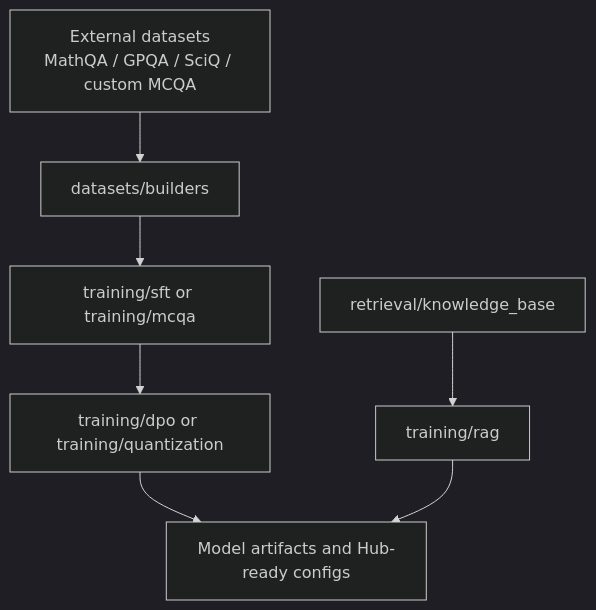
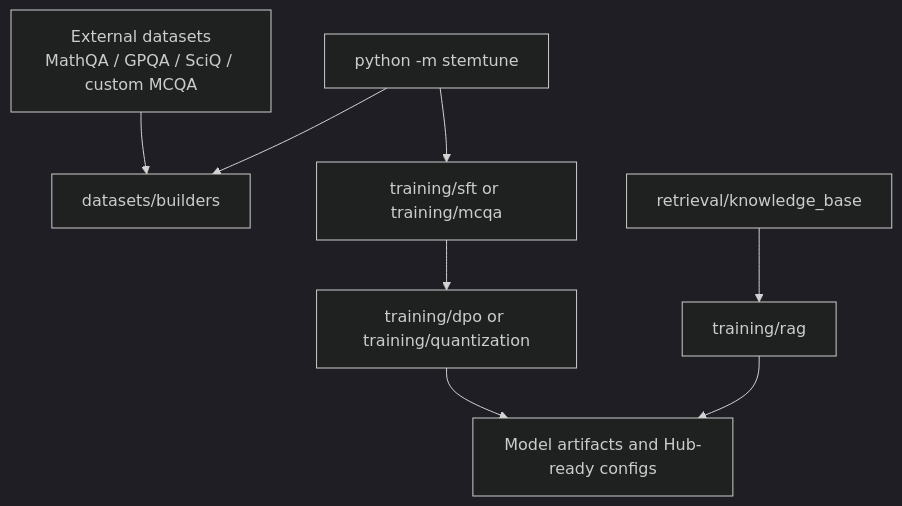
The second of 2 diagrams in README.md (EmaRimoldi/llm-post-training-recipes), drawn with Mermaid (dark theme) before and after one commit. The commit also changed other lines of this file and 6 other files, not shown here.

````diff
--- a/README.md
+++ b/README.md
@@ -99,9 +156,10 @@
 ```mermaid
 flowchart TD
     A["External datasets<br/>MathQA / GPQA / SciQ / custom MCQA"] --> B["datasets/builders"]
-    B --> C["training/sft or training/mcqa"]
+    S["python -m stemtune"] --> B
+    S --> C["training/sft or training/mcqa"]
     C --> D["training/dpo or training/quantization"]
     E["retrieval/knowledge_base"] --> F["training/rag"]
     D --> G["Model artifacts and Hub-ready configs"]
     F --> G
 ```
````
